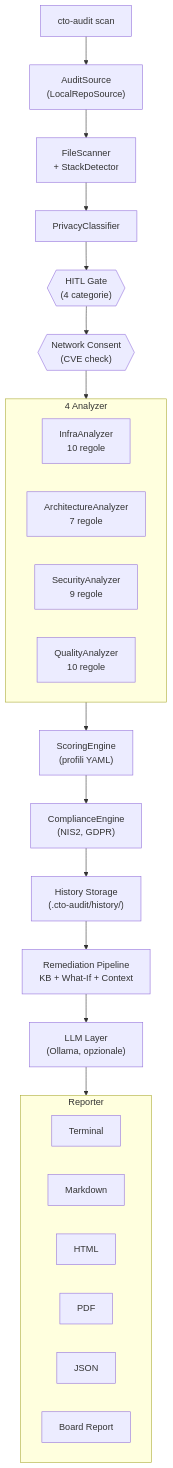
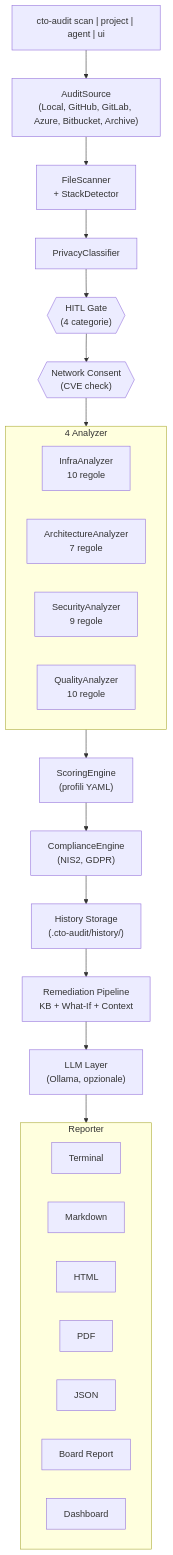
Before and after one commit to PhysicsInforMe/cto-audit-agent: the first of 3 diagrams in README.md, drawn with Mermaid. The commit also changed other lines of this file and 64 other files, not shown here.

First line of the commit message:
Add source connectors, multi-repo projects, dashboard, agent mode and standalone executable

````diff
--- a/README.md
+++ b/README.md
@@ -195,34 +346,35 @@
 ```mermaid
 flowchart TD
-    CLI["cto-audit scan"] --> Source["AuditSource\n(LocalRepoSource)"]
+    CLI["cto-audit scan | project | agent | ui"] --> Source["AuditSource\n(Local, GitHub, GitLab, Azure, Bitbucket, Archive)"]
     Source --> Scan["FileScanner\n+ StackDetector"]
     Scan --> Privacy["PrivacyClassifier"]
     Privacy --> HITL{{"HITL Gate\n(4 categorie)"}}
     HITL --> Consent{{"Network Consent\n(CVE check)"}}
     Consent --> Analyzers
 
     subgraph Analyzers["4 Analyzer"]
         direction LR
         Infra["InfraAnalyzer\n10 regole"]
         Arch["ArchitectureAnalyzer\n7 regole"]
         Sec["SecurityAnalyzer\n9 regole"]
         Qual["QualityAnalyzer\n10 regole"]
     end
 
     Analyzers --> Scoring["ScoringEngine\n(profili YAML)"]
     Scoring --> Compliance["ComplianceEngine\n(NIS2, GDPR)"]
     Compliance --> History["History Storage\n(.cto-audit/history/)"]
     History --> Remediation["Remediation Pipeline\nKB + What-If + Context"]
     Remediation --> LLM["LLM Layer\n(Ollama, opzionale)"]
     LLM --> Reporters
 
     subgraph Reporters["Reporter"]
         direction LR
         Term["Terminal"]
         MD["Markdown"]
         HTML["HTML"]
         PDF["PDF"]
         JSON["JSON"]
         Board["Board Report"]
+        Dash["Dashboard"]
     end
 ```
````
